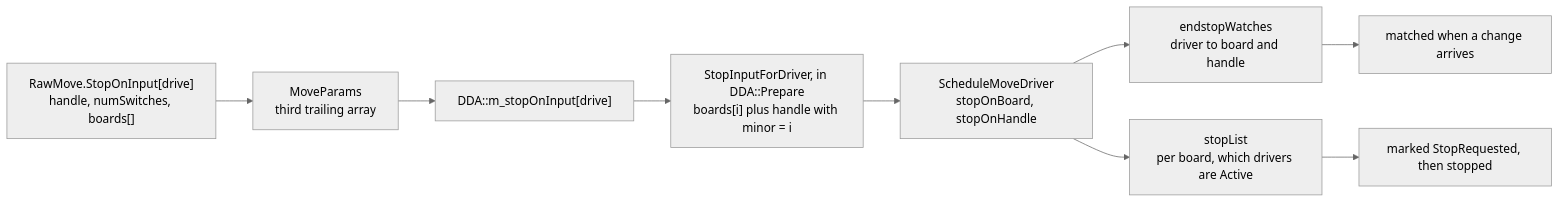
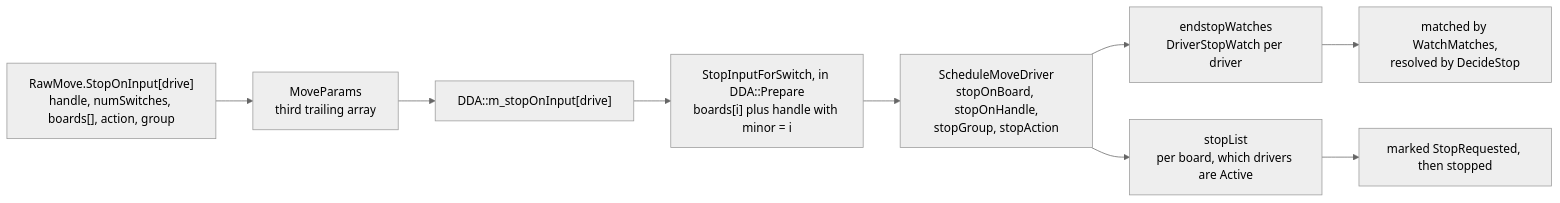
Before and after one commit to Duet3D/DuetSoftwareFramework: the third of 5 diagrams in src/Documentation/articles/endstops.md, drawn with Mermaid (neutral theme). The commit also changed other lines of this file and 3 other files, not shown here.

````diff
--- a/src/Documentation/articles/endstops.md
+++ b/src/Documentation/articles/endstops.md
@@ -267,11 +306,11 @@
 ```mermaid
 flowchart LR
-    A["RawMove.StopOnInput[drive]<br/>handle, numSwitches, boards[]"] --> B["MoveParams<br/>third trailing array"]
+    A["RawMove.StopOnInput[drive]<br/>handle, numSwitches, boards[], action, group"] --> B["MoveParams<br/>third trailing array"]
     B --> C["DDA::m_stopOnInput[drive]"]
-    C --> D["StopInputForDriver, in DDA::Prepare<br/>boards[i] plus handle with minor = i"]
-    D --> E["ScheduleMoveDriver<br/>stopOnBoard, stopOnHandle"]
-    E --> F["endstopWatches<br/>driver to board and handle"]
+    C --> D["StopInputForSwitch, in DDA::Prepare<br/>boards[i] plus handle with minor = i"]
+    D --> E["ScheduleMoveDriver<br/>stopOnBoard, stopOnHandle,<br/>stopGroup, stopAction"]
+    E --> F["endstopWatches<br/>DriverStopWatch per driver"]
     E --> G["stopList<br/>per board, which drivers are Active"]
-    F --> H["matched when a change arrives"]
+    F --> H["matched by WatchMatches,<br/>resolved by DecideStop"]
     G --> I["marked StopRequested, then stopped"]
 ```
````
